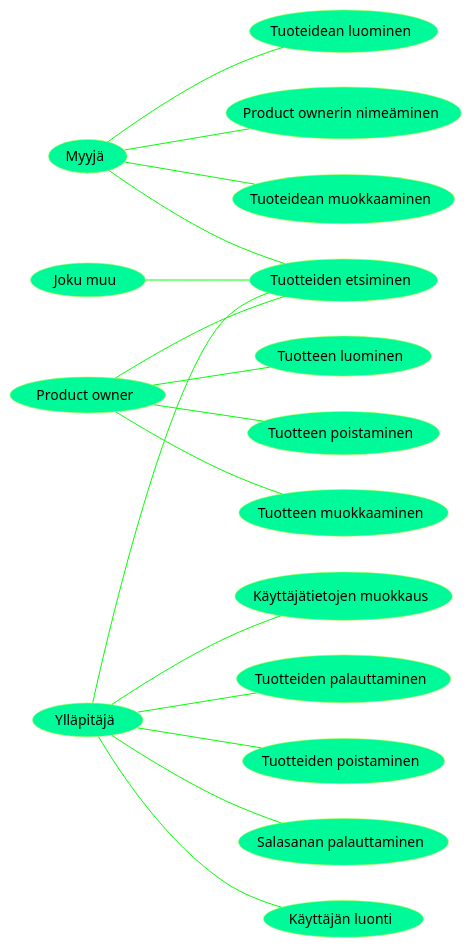
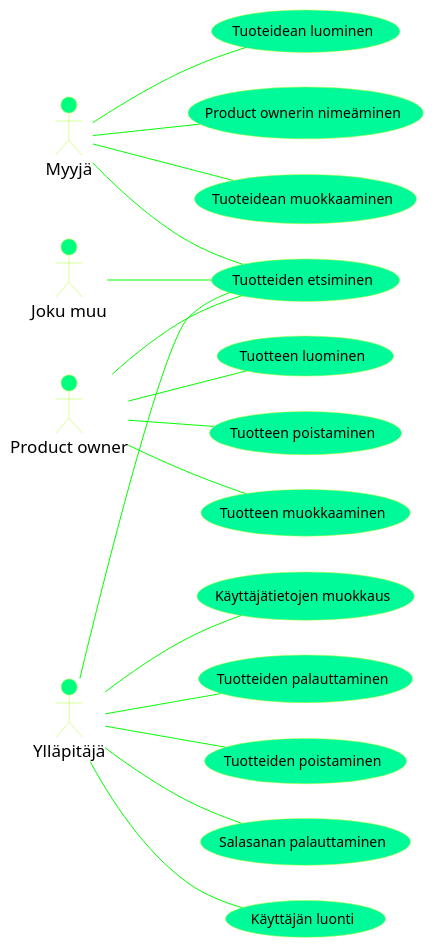
The sixth of 7 diagrams in dokumentit/02-vaatimusmaarittely/vaatimusmaarittely.md (martimik/TuHlaRi-core), drawn with PlantUML before and after one commit.

````diff
--- a/dokumentit/02-vaatimusmaarittely/vaatimusmaarittely.md
+++ b/dokumentit/02-vaatimusmaarittely/vaatimusmaarittely.md
@@ -244,35 +244,42 @@
 ```plantuml
 left to right direction
+skinparam sequence {
+	ArrowColor GreenYellow
+	ActorBorderColor GreenYellow
+	ActorBackgroundColor SpringGreen
+	ActorFontColor Black
+	ActorFontSize 17
+	ActorFontName Aapex
+}
+
 skinparam usecase {
 	BackgroundColor MediumSpringGreen
 	BorderColor GreenYellow
 
-	BackgroundColor<< Main >> YellowGreen
-	BorderColor<< Main >> YellowGreen
-	
 	ArrowColor Lime
 	ActorBorderColor black
 	ActorFontName Courier
 }
 
-(Ylläpitäjä)--(Tuotteiden etsiminen)
-(Ylläpitäjä)--(Tuotteiden palauttaminen)
-(Ylläpitäjä)--(Tuotteiden poistaminen)
-(Ylläpitäjä)--(Salasanan palauttaminen)
-(Ylläpitäjä)--(Käyttäjän luonti)
-(Ylläpitäjä)--(Käyttäjätietojen muokkaus)
 
-(Myyjä)--(Tuotteiden etsiminen)
-(Myyjä)--(Tuoteidean luominen)
-(Myyjä)--(Product ownerin nimeäminen)
-(Myyjä)--(Tuoteidean muokkaaminen)
+:Ylläpitäjä:--(Tuotteiden etsiminen)
+:Ylläpitäjä:--(Tuotteiden palauttaminen)
+:Ylläpitäjä:--(Tuotteiden poistaminen)
+:Ylläpitäjä:--(Salasanan palauttaminen)
+:Ylläpitäjä:--(Käyttäjän luonti)
+:Ylläpitäjä:--(Käyttäjätietojen muokkaus)
+
+:Myyjä:--(Tuotteiden etsiminen)
+:Myyjä:--(Tuoteidean luominen)
+:Myyjä:--(Product ownerin nimeäminen)
+:Myyjä:--(Tuoteidean muokkaaminen)
 
 
-(Product owner)--(Tuotteiden etsiminen)
-(Product owner)--(Tuotteen luominen)
-(Product owner)--(Tuotteen poistaminen)
-(Product owner)--(Tuotteen muokkaaminen)
+:Product owner:--(Tuotteiden etsiminen)
+:Product owner:--(Tuotteen luominen)
+:Product owner:--(Tuotteen poistaminen)
+:Product owner:--(Tuotteen muokkaaminen)
 
-(Joku muu)--(Tuotteiden etsiminen)
+:Joku muu:--(Tuotteiden etsiminen)
 
 ```
````
